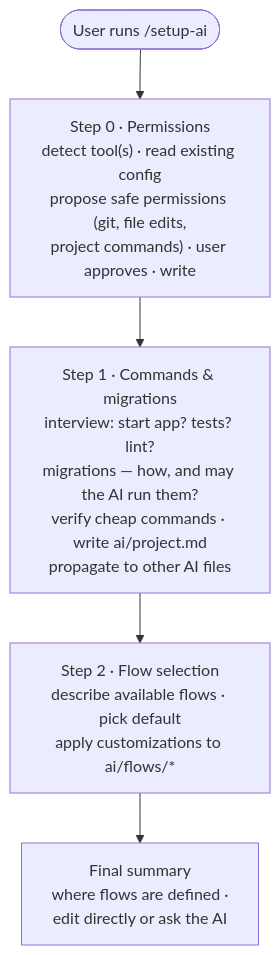
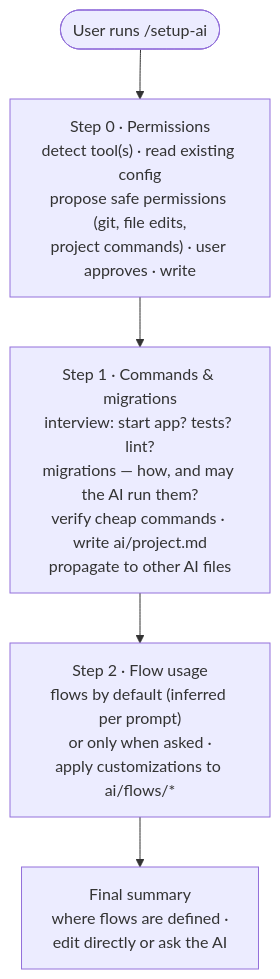
One commit to ShootingStar91/full-stack-template changed the fourth of 6 diagrams in ai/docs/overview.md. Above: the diagram before and after it, drawn with Mermaid. The commit also changed other lines of this file and 8 other files, not shown here.

Commit message:
fix: flow default mode fixed

````diff
--- a/ai/docs/overview.md
+++ b/ai/docs/overview.md
@@ -114,7 +119,7 @@
 ```mermaid
 flowchart TD
     S([User runs /setup-ai]) --> P0["Step 0 · Permissions<br/>detect tool(s) · read existing config<br/>propose safe permissions (git, file edits,<br/>project commands) · user approves · write"]
     P0 --> P1["Step 1 · Commands & migrations<br/>interview: start app? tests? lint?<br/>migrations — how, and may the AI run them?<br/>verify cheap commands · write ai/project.md<br/>propagate to other AI files"]
-    P1 --> P2["Step 2 · Flow selection<br/>describe available flows · pick default<br/>apply customizations to ai/flows/*"]
+    P1 --> P2["Step 2 · Flow usage<br/>flows by default (inferred per prompt)<br/>or only when asked ·<br/>apply customizations to ai/flows/*"]
     P2 --> FIN["Final summary<br/>where flows are defined ·<br/>edit directly or ask the AI"]
 ```
````
